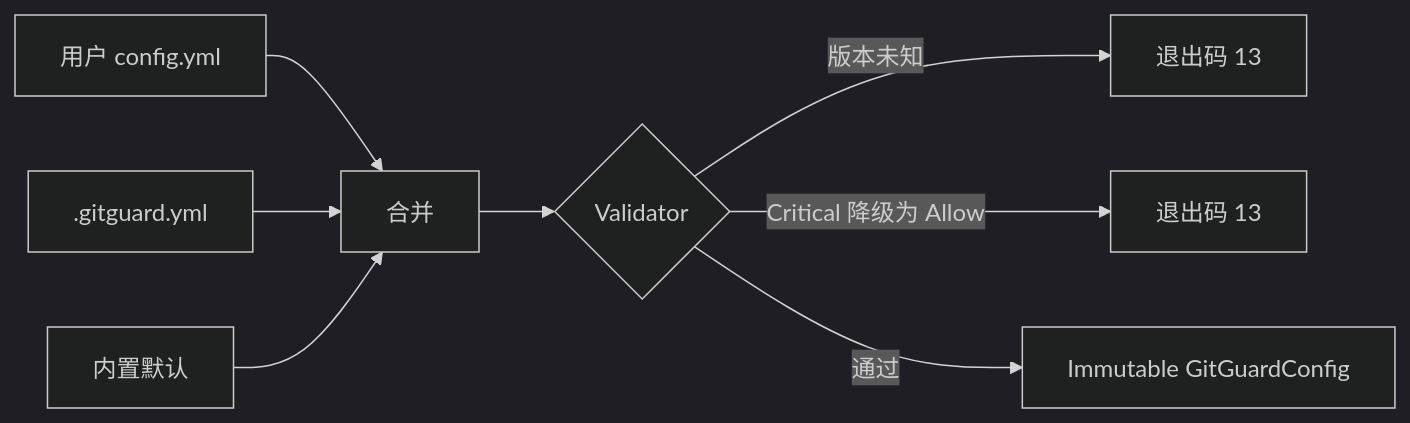
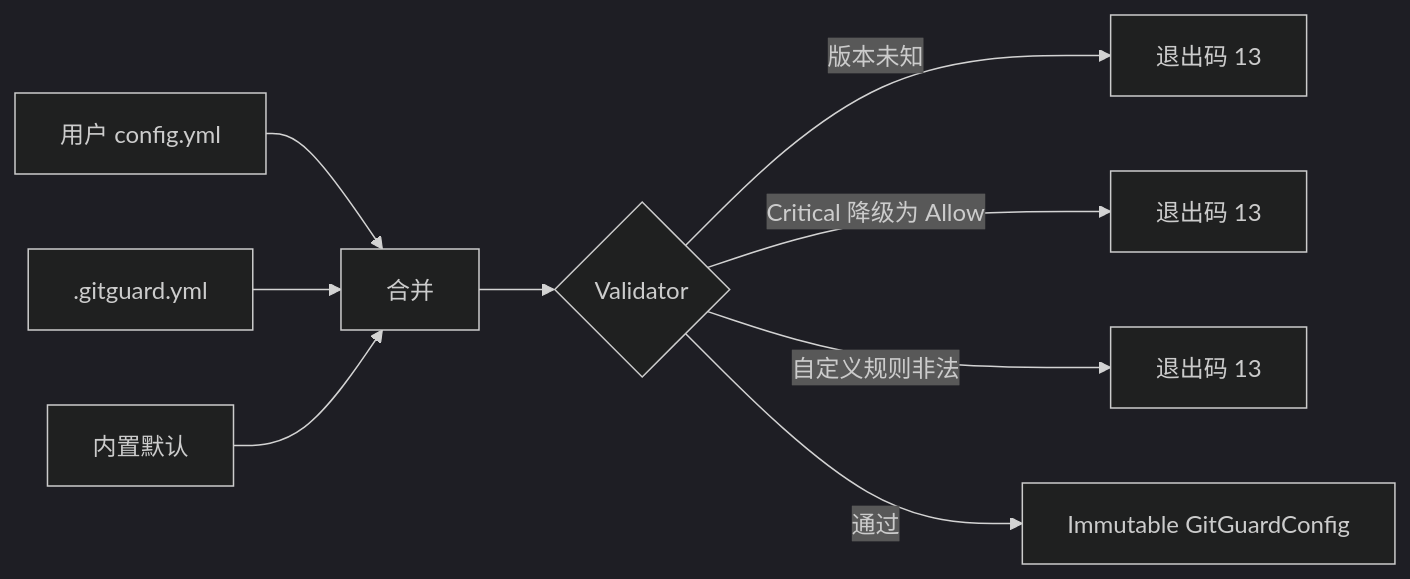
One commit to Camefor/GitGuard changed the second of 2 diagrams in docs/模块设计/Policy.md. Above: the diagram before and after it, drawn with Mermaid (dark theme). The commit also changed other lines of this file and 28 other files, not shown here.

````diff
--- a/docs/模块设计/Policy.md
+++ b/docs/模块设计/Policy.md
@@ -86,10 +87,11 @@
 ```mermaid
 flowchart LR
     UserCfg[用户 config.yml] --> Merge[合并]
     ProjCfg[.gitguard.yml] --> Merge
     Default[内置默认] --> Merge
     Merge --> Validate{Validator}
     Validate -- 版本未知 --> Fail1[退出码 13]
     Validate -- Critical 降级为 Allow --> Fail2[退出码 13]
+    Validate -- 自定义规则非法 --> Fail3[退出码 13]
     Validate -- 通过 --> Config[Immutable GitGuardConfig]
 ```
````
